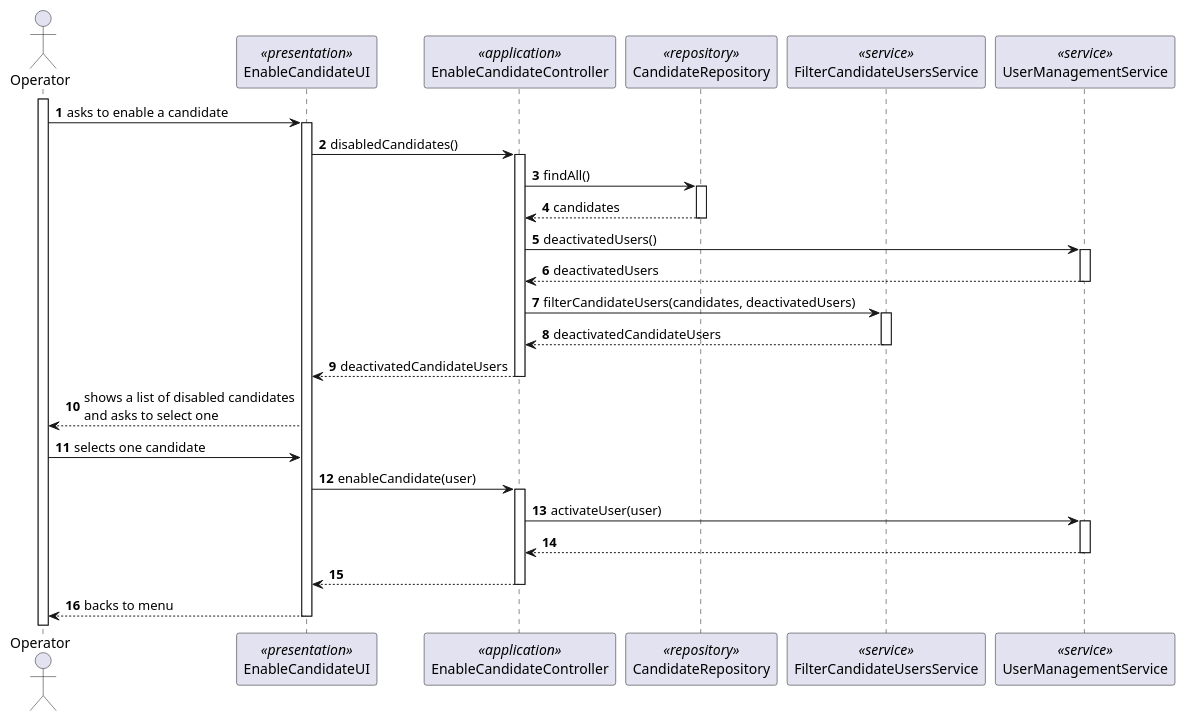
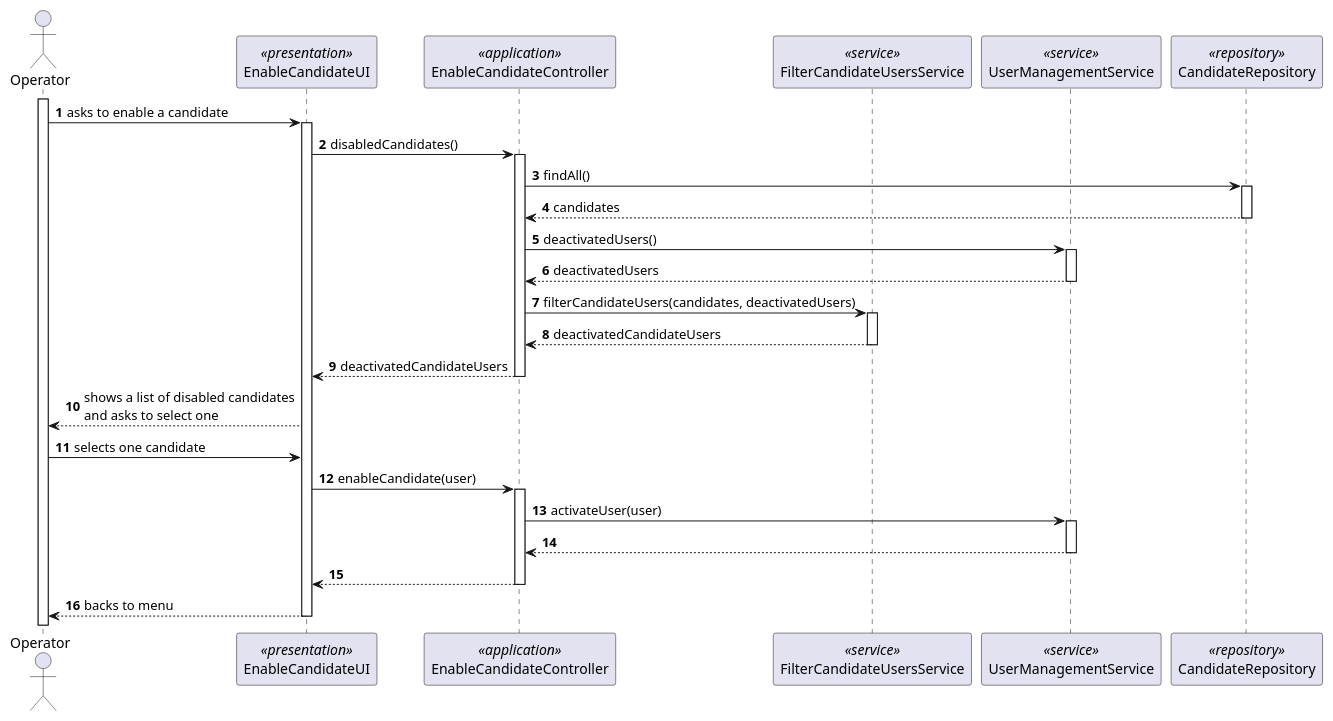
Before and after one commit to Rodrick0209/ISEP-SEM4PI-23-24: the diagram in docs/SprintC/us2000b/SD/SD-Enable-Candidate.puml, drawn with PlantUML. The commit also changed other lines of this file and 3 other files, not shown here.

```diff
--- a/docs/SprintC/us2000b/SD/SD-Enable-Candidate.puml
+++ b/docs/SprintC/us2000b/SD/SD-Enable-Candidate.puml
@@ -1,45 +1,45 @@
 @startuml
 'https://plantuml.com/sequence-diagram
 
 autonumber
 
 actor Operator
 participant EnableCandidateUI <<presentation>>
 participant EnableCandidateController <<application>>
-participant CandidateRepository <<repository>>
 participant FilterCandidateUsersService <<service>>
 participant UserManagementService <<service>>
+participant CandidateRepository <<repository>>
 
 activate Operator
 Operator -> EnableCandidateUI : asks to enable a candidate
 activate EnableCandidateUI
 EnableCandidateUI -> EnableCandidateController : disabledCandidates()
 activate EnableCandidateController
 EnableCandidateController -> CandidateRepository : findAll()
 activate CandidateRepository
 CandidateRepository --> EnableCandidateController : candidates
 deactivate CandidateRepository
 EnableCandidateController -> UserManagementService : deactivatedUsers()
 activate UserManagementService
 UserManagementService --> EnableCandidateController : deactivatedUsers
 deactivate UserManagementService
 EnableCandidateController -> FilterCandidateUsersService : filterCandidateUsers(candidates, deactivatedUsers)
 activate FilterCandidateUsersService
 FilterCandidateUsersService --> EnableCandidateController : deactivatedCandidateUsers
 deactivate FilterCandidateUsersService
 EnableCandidateController --> EnableCandidateUI : deactivatedCandidateUsers
 deactivate EnableCandidateController
 EnableCandidateUI --> Operator : shows a list of disabled candidates\nand asks to select one
 Operator -> EnableCandidateUI : selects one candidate
 EnableCandidateUI -> EnableCandidateController : enableCandidate(user)
 activate EnableCandidateController
 EnableCandidateController -> UserManagementService : activateUser(user)
 activate UserManagementService
 UserManagementService --> EnableCandidateController :
 deactivate UserManagementService
 EnableCandidateController --> EnableCandidateUI :
 deactivate EnableCandidateController
 EnableCandidateUI --> Operator : backs to menu
 deactivate EnableCandidateUI
 
 @enduml
```
